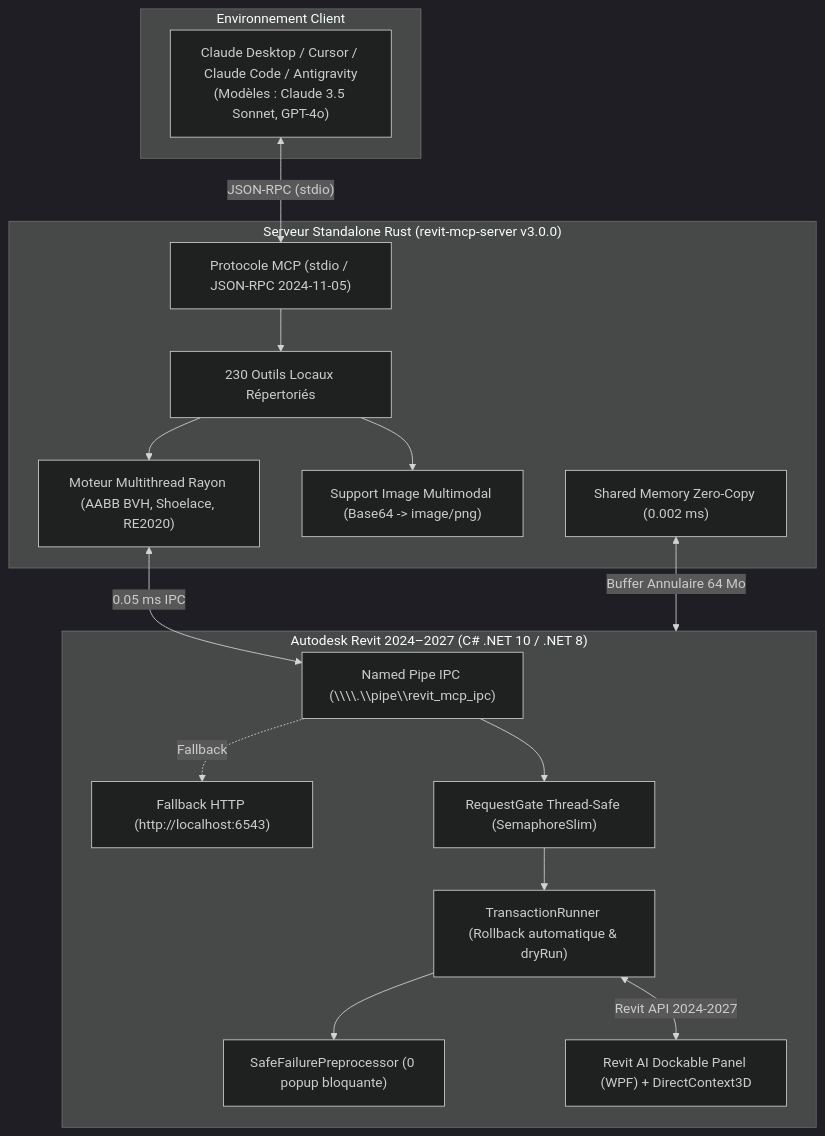
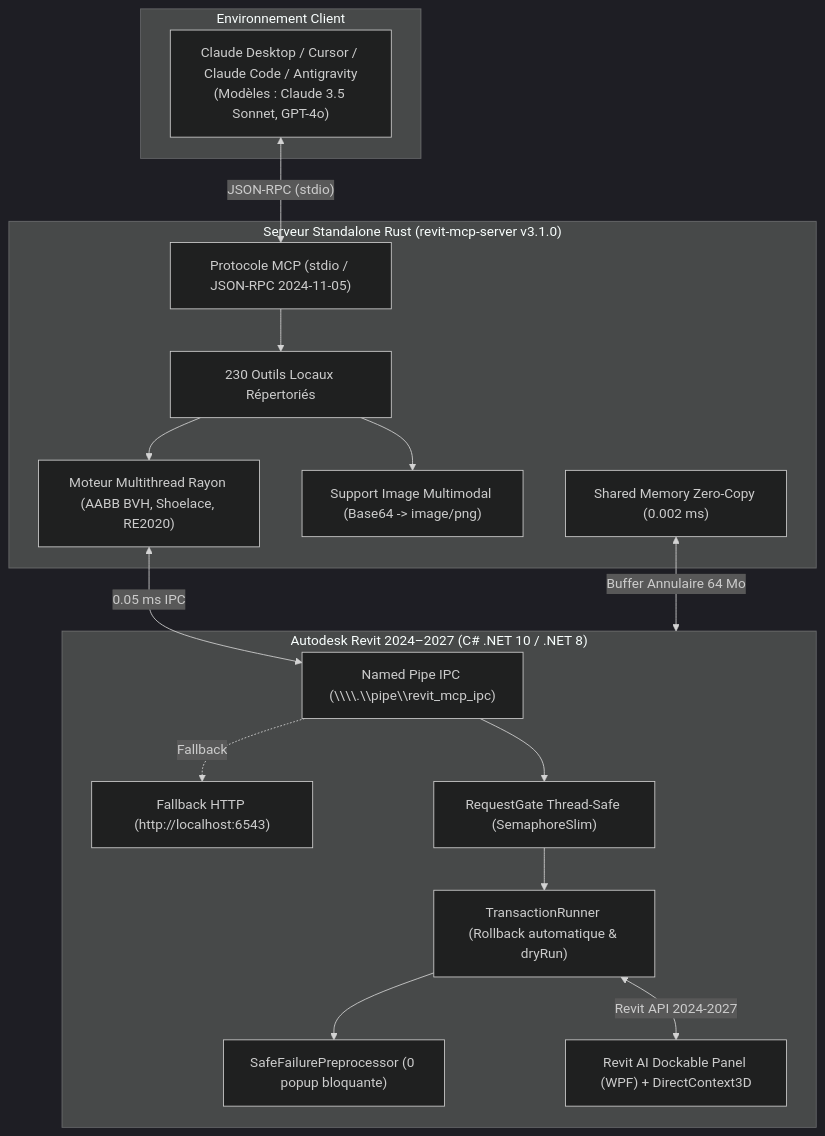
One commit to EncoreZaan/ARC changed the diagram in README.md. Above: the diagram before and after it, drawn with Mermaid (dark theme). The commit also changed other lines of this file and 19 other files, not shown here.

````diff
--- a/README.md
+++ b/README.md
@@ -251,35 +251,35 @@
 ```mermaid
 flowchart TD
     subgraph Client["Environnement Client"]
         Claude["Claude Desktop / Cursor / Claude Code / Antigravity\n(Modèles : Claude 3.5 Sonnet, GPT-4o)"]
     end
 
-    subgraph RustServer["Serveur Standalone Rust (revit-mcp-server v3.0.0)"]
+    subgraph RustServer["Serveur Standalone Rust (revit-mcp-server v3.1.0)"]
         RPC["Protocole MCP (stdio / JSON-RPC 2024-11-05)"]
         Registry["230 Outils Locaux Répertoriés"]
         RayonEngine["Moteur Multithread Rayon (AABB BVH, Shoelace, RE2020)"]
         VisionEngine["Support Image Multimodal (Base64 -> image/png)"]
         SharedMemRust["Shared Memory Zero-Copy (0.002 ms)"]
     end
 
     subgraph AddIn["Autodesk Revit 2024–2027 (C# .NET 10 / .NET 8)"]
         NamedPipe["Named Pipe IPC (\\\\.\\pipe\\revit_mcp_ipc)"]
         HTTPFallback["Fallback HTTP (http://localhost:6543)"]
         RequestGate["RequestGate Thread-Safe (SemaphoreSlim)"]
         TxRunner["TransactionRunner (Rollback automatique & dryRun)"]
         SafeFailure["SafeFailurePreprocessor (0 popup bloquante)"]
         DockablePanel["Revit AI Dockable Panel (WPF) + DirectContext3D"]
     end
 
     Claude <-->|"JSON-RPC (stdio)"| RPC
     RPC --> Registry
     Registry --> RayonEngine
     Registry --> VisionEngine
     RayonEngine <-->|"0.05 ms IPC"| NamedPipe
     NamedPipe -.->|"Fallback"| HTTPFallback
     NamedPipe --> RequestGate
     RequestGate --> TxRunner
     TxRunner --> SafeFailure
     TxRunner <-->|"Revit API 2024-2027"| DockablePanel
     SharedMemRust <-->|"Buffer Annulaire 64 Mo"| AddIn
 ```
````
